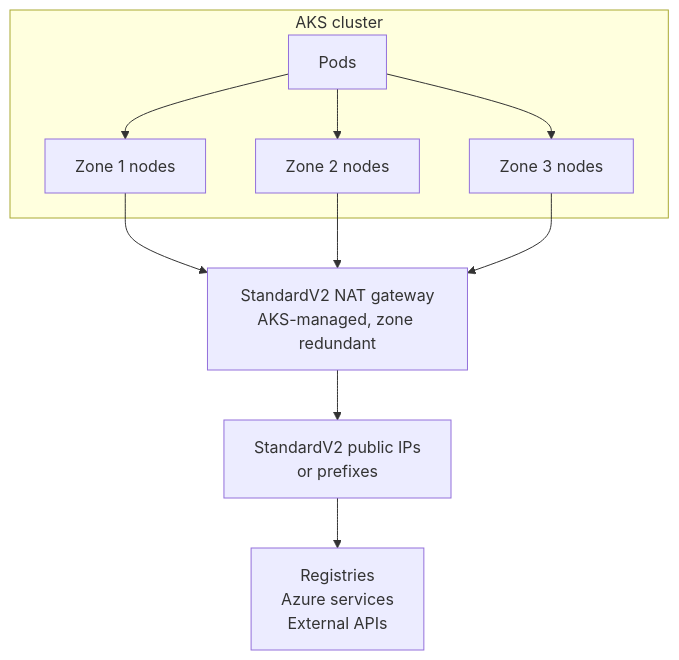
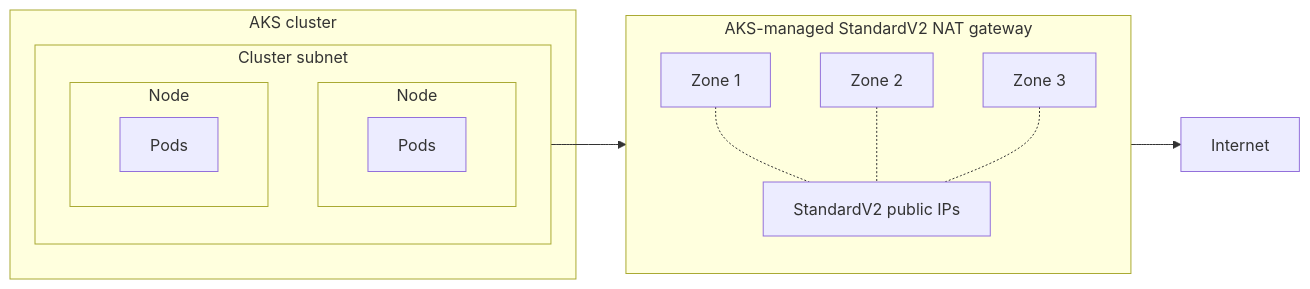
One commit to Azure/AKS changed the diagram in website/blog/2026-10-09-standardv2-nat-gateway-aks-managed-egress/index.md. Above: the diagram before and after it, drawn with Mermaid. The commit also changed other lines of this file, not shown here.

First paragraph of the commit message:
Correct diagram relationships and disambiguate the StandardV2 name
Addresses review feedback from @therealmitchconnors.

````diff
--- a/website/blog/2026-10-09-standardv2-nat-gateway-aks-managed-egress/index.md
+++ b/website/blog/2026-10-09-standardv2-nat-gateway-aks-managed-egress/index.md
@@ -41,27 +41,35 @@
 ```mermaid
-flowchart TD
-    accTitle: AKS egress through a zone-redundant StandardV2 NAT gateway
+flowchart LR
+    accTitle: AKS egress through an AKS-managed StandardV2 NAT gateway
     accDescr {
-      Pods run on nodes spread across availability zones 1, 2, and 3.
-      Nodes in every zone send outbound traffic to a single AKS-managed
-      StandardV2 NAT gateway, which is zone redundant. The gateway translates
-      that traffic to its attached StandardV2 public IP addresses or prefixes,
-      which then reach external endpoints such as container registries,
-      Azure services, and external APIs.
+      Pods run on nodes, and those nodes sit in the cluster subnet. The
+      subnet sends outbound traffic to a single AKS-managed StandardV2 NAT
+      gateway. Inside that gateway, availability zones 1, 2, and 3 are each
+      associated with the same attached StandardV2 public IP addresses, so
+      egress survives the loss of any one zone. The gateway then reaches the
+      internet through those addresses.
     }
     subgraph AKS["AKS cluster"]
-        Pods["Pods"]
-        Z1["Zone 1 nodes"]
-        Z2["Zone 2 nodes"]
-        Z3["Zone 3 nodes"]
-        Pods --> Z1
-        Pods --> Z2
-        Pods --> Z3
+        subgraph SUBNET["Cluster subnet"]
+            direction TB
+            subgraph N1["Node"]
+                P1["Pods"]
+            end
+            subgraph N2["Node"]
+                P2["Pods"]
+            end
+        end
     end
-    Z1 --> NATGW
-    Z2 --> NATGW
-    Z3 --> NATGW
-    NATGW["StandardV2 NAT gateway<br/>AKS-managed, zone redundant"]
-    NATGW --> IPs["StandardV2 public IPs<br/>or prefixes"]
-    IPs --> NET["Registries<br/>Azure services<br/>External APIs"]
+    subgraph NGW["AKS-managed StandardV2 NAT gateway"]
+        direction TB
+        Z1["Zone 1"]
+        Z2["Zone 2"]
+        Z3["Zone 3"]
+        IPs["StandardV2 public IPs"]
+        Z1 -.- IPs
+        Z2 -.- IPs
+        Z3 -.- IPs
+    end
+    SUBNET --> NGW
+    NGW --> INT["Internet"]
 ```
````
